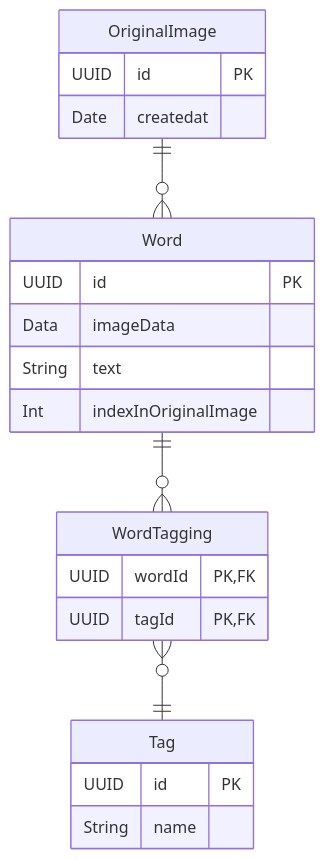
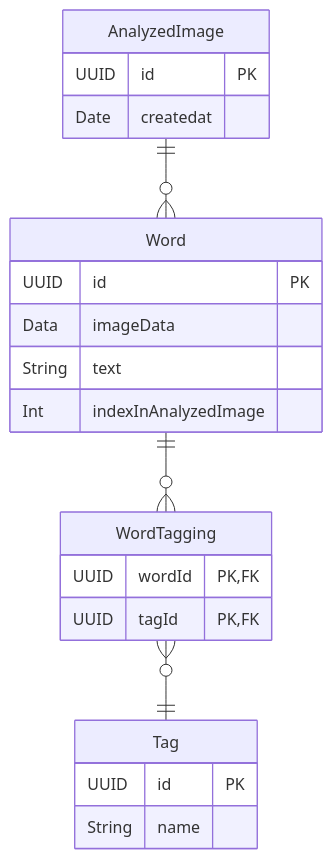
One commit to bookii/Letters changed the diagram in README.md. Above: the diagram before and after it, drawn with Mermaid.

Commit message:
README の更新

````diff
--- a/README.md
+++ b/README.md
@@ -5,24 +5,24 @@
 ```mermaid
 erDiagram
-    OriginalImage ||--o{ Word : ""
+    AnalyzedImage ||--o{ Word : ""
     Word ||--o{ WordTagging : ""
     WordTagging }o--|| Tag : ""
-    OriginalImage {
+    AnalyzedImage {
         UUID id PK
         Date createdat
     }
     Word {
         UUID id PK
         Data imageData
         String text
-        Int indexInOriginalImage
+        Int indexInAnalyzedImage
     }
     WordTagging {
         UUID wordId PK,FK
         UUID tagId PK,FK
     }
     Tag {
         UUID id PK
         String name
     }
 ```
````
